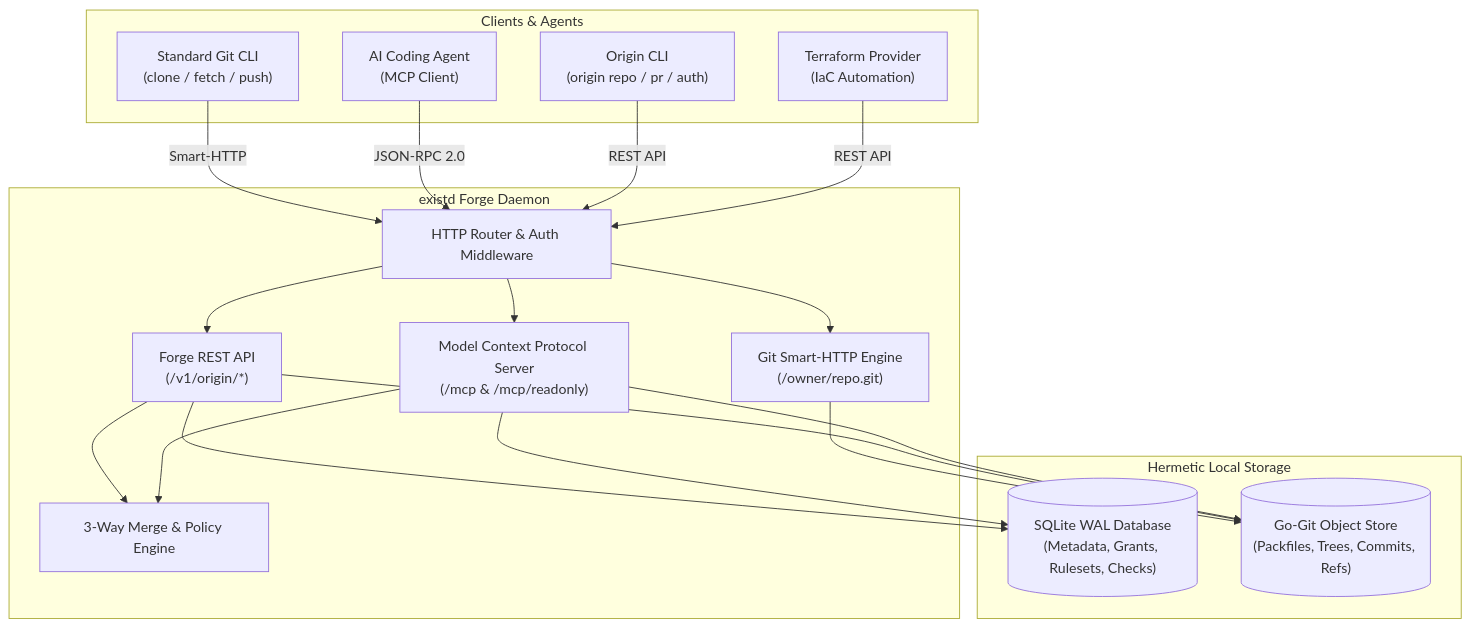
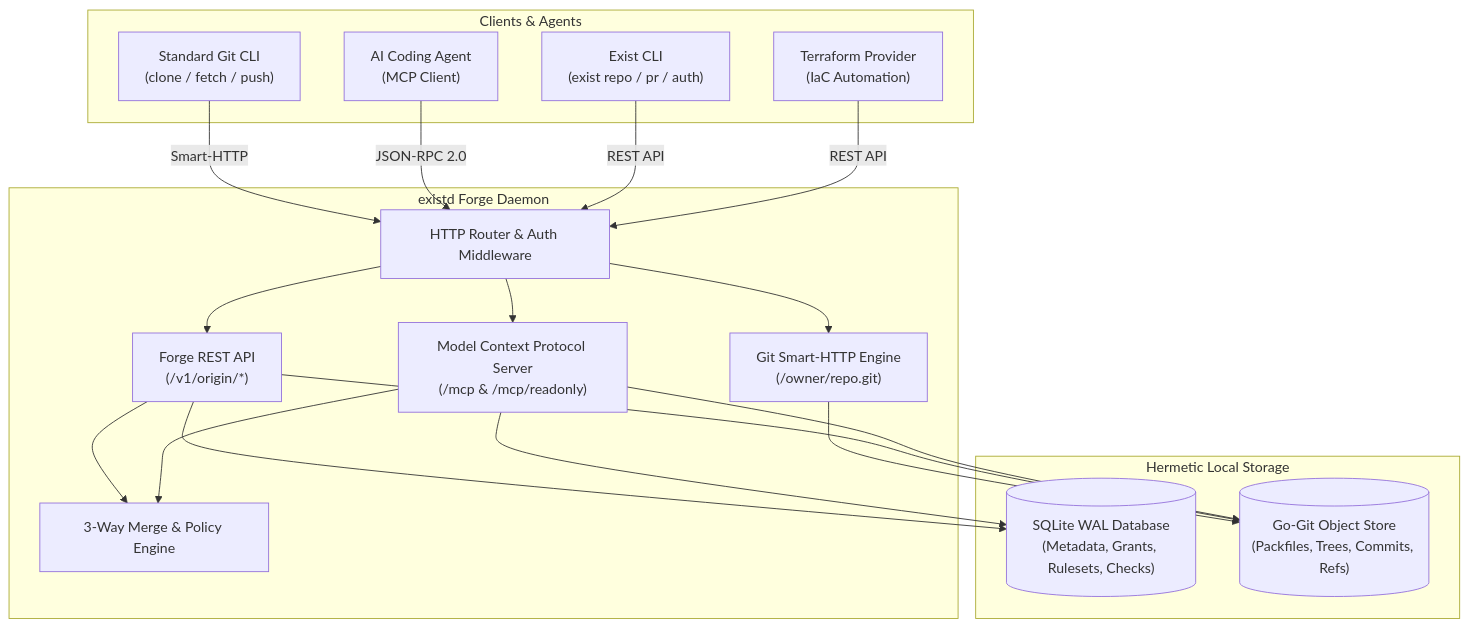
Before and after one commit to RavaniRoshan/exist.io: the diagram in README.md, drawn with Mermaid. The commit also changed other lines of this file and 7 other files, not shown here.

Commit message:
refactor: rename cmd/origin to cmd/exist and update CLI documentation

````diff
--- a/README.md
+++ b/README.md
@@ -42,39 +42,39 @@
 ```mermaid
 flowchart TD
     subgraph Clients["Clients & Agents"]
         GitCli["Standard Git CLI<br/>(clone / fetch / push)"]
         Agent["AI Coding Agent<br/>(MCP Client)"]
-        DevCli["Origin CLI<br/>(origin repo / pr / auth)"]
+        DevCli["Exist CLI<br/>(exist repo / pr / auth)"]
         TF["Terraform Provider<br/>(IaC Automation)"]
     end
 
     subgraph existd["existd Forge Daemon"]
         HTTP["HTTP Router & Auth Middleware"]
         GitHTTP["Git Smart-HTTP Engine<br/>(/owner/repo.git)"]
         MCPEngine["Model Context Protocol Server<br/>(/mcp & /mcp/readonly)"]
         REST["Forge REST API<br/>(/v1/origin/*)"]
         MergeEngine["3-Way Merge & Policy Engine"]
     end
 
     subgraph Storage["Hermetic Local Storage"]
         SQLite[("SQLite WAL Database<br/>(Metadata, Grants, Rulesets, Checks)")]
         GitStore[("Go-Git Object Store<br/>(Packfiles, Trees, Commits, Refs)")]
     end
 
     GitCli -->|Smart-HTTP| HTTP
     Agent -->|JSON-RPC 2.0| HTTP
     DevCli -->|REST API| HTTP
     TF -->|REST API| HTTP
 
     HTTP --> GitHTTP
     HTTP --> MCPEngine
     HTTP --> REST
 
     REST --> MergeEngine
     MCPEngine --> MergeEngine
     GitHTTP --> GitStore
     REST --> GitStore
     REST --> SQLite
     MCPEngine --> GitStore
     MCPEngine --> SQLite
 ```
````
